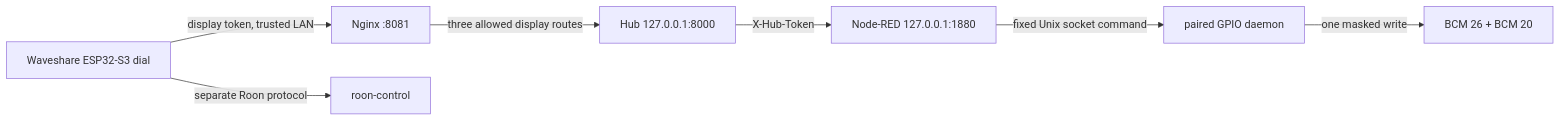
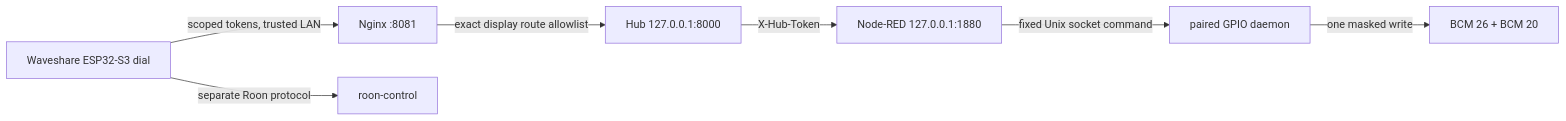
Before and after one commit to danikeuc/rpi-freez-protect: the diagram in docs/ARCHITECTURE.md, drawn with Mermaid. The commit also changed other lines of this file and 5 other files, not shown here.

Commit message:
docs: specify independent lighting and reconcile installed architecture

````diff
--- a/docs/ARCHITECTURE.md
+++ b/docs/ARCHITECTURE.md
@@ -9,9 +10,9 @@
 ```mermaid
 flowchart LR
-    K[Waveshare ESP32-S3 dial] -->|display token, trusted LAN| N[Nginx :8081]
-    N -->|three allowed display routes| H[Hub 127.0.0.1:8000]
+    K[Waveshare ESP32-S3 dial] -->|scoped tokens, trusted LAN| N[Nginx :8081]
+    N -->|exact display route allowlist| H[Hub 127.0.0.1:8000]
     H -->|X-Hub-Token| R[Node-RED 127.0.0.1:1880]
     R -->|fixed Unix socket command| D[paired GPIO daemon]
     D -->|one masked write| G[BCM 26 + BCM 20]
     K -->|separate Roon protocol| RC[roon-control]
 ```
````
